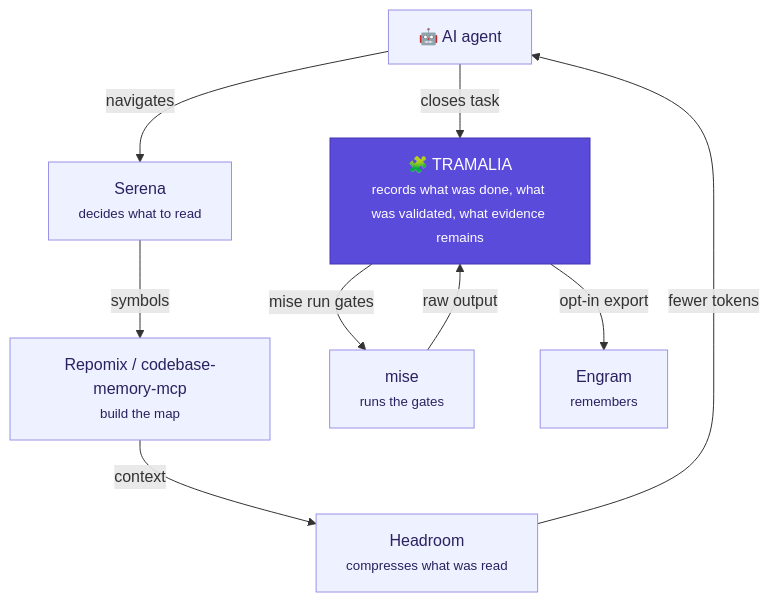
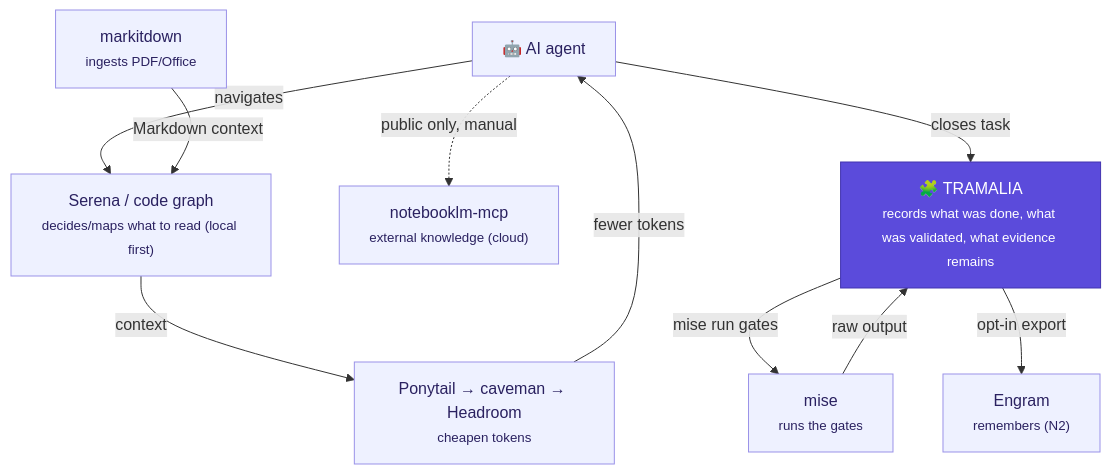
The second of 2 diagrams in docs/interop.en.md (MscottB/tramalia), drawn with Mermaid before and after one commit. The commit also changed other lines of this file and 21 other files, not shown here.

First line of the commit message:
docs: revisión completa — reflejar CodeGraph/Graphify/markitdown/notebooklm-mcp, i18n, horizontes y guardia de init

````diff
--- a/docs/interop.en.md
+++ b/docs/interop.en.md
@@ -42,22 +42,24 @@
 ```mermaid
 flowchart TB
     classDef core fill:#5b4bdb,stroke:#4335b0,color:#ffffff;
     classDef ext fill:#eef1ff,stroke:#9a92e8,color:#2a2160;
 
     AG["🤖 AI agent"]:::ext
-    SR["Serena<br/><small>decides what to read</small>"]:::ext
-    RP["Repomix / codebase-memory-mcp<br/><small>build the map</small>"]:::ext
-    HR["Headroom<br/><small>compresses what was read</small>"]:::ext
+    SR["Serena / code graph<br/><small>decides/maps what to read (local first)</small>"]:::ext
+    MD["markitdown<br/><small>ingests PDF/Office</small>"]:::ext
+    HR["Ponytail → caveman → Headroom<br/><small>cheapen tokens</small>"]:::ext
     MI["mise<br/><small>runs the gates</small>"]:::ext
-    EN["Engram<br/><small>remembers</small>"]:::ext
+    EN["Engram<br/><small>remembers (N2)</small>"]:::ext
+    KN["notebooklm-mcp<br/><small>external knowledge (cloud)</small>"]:::ext
     T["🧩 TRAMALIA<br/><small>records what was done, what was validated, what evidence remains</small>"]:::core
 
     AG -->|navigates| SR
-    SR -->|symbols| RP
-    RP -->|context| HR
+    MD -->|Markdown context| SR
+    SR -->|context| HR
     HR -->|fewer tokens| AG
+    AG -.->|public only, manual| KN
     AG -->|closes task| T
     T -->|mise run gates| MI
     MI -->|raw output| T
     T -->|opt-in export| EN
 ```
````
